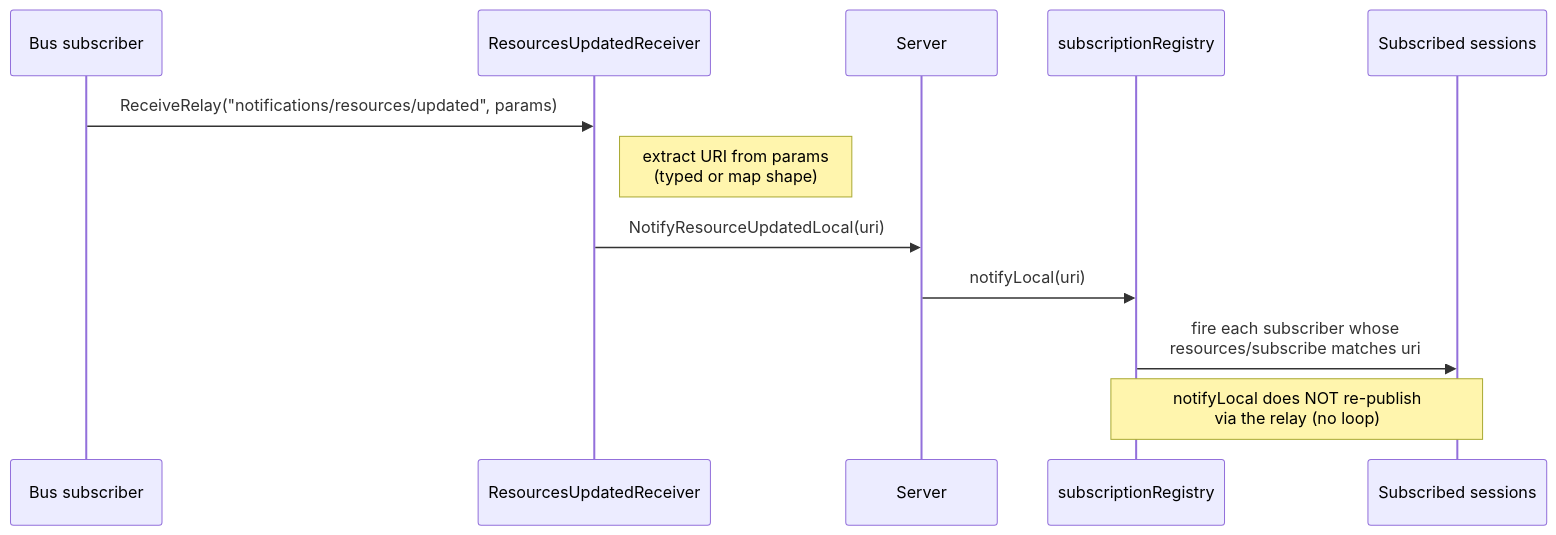
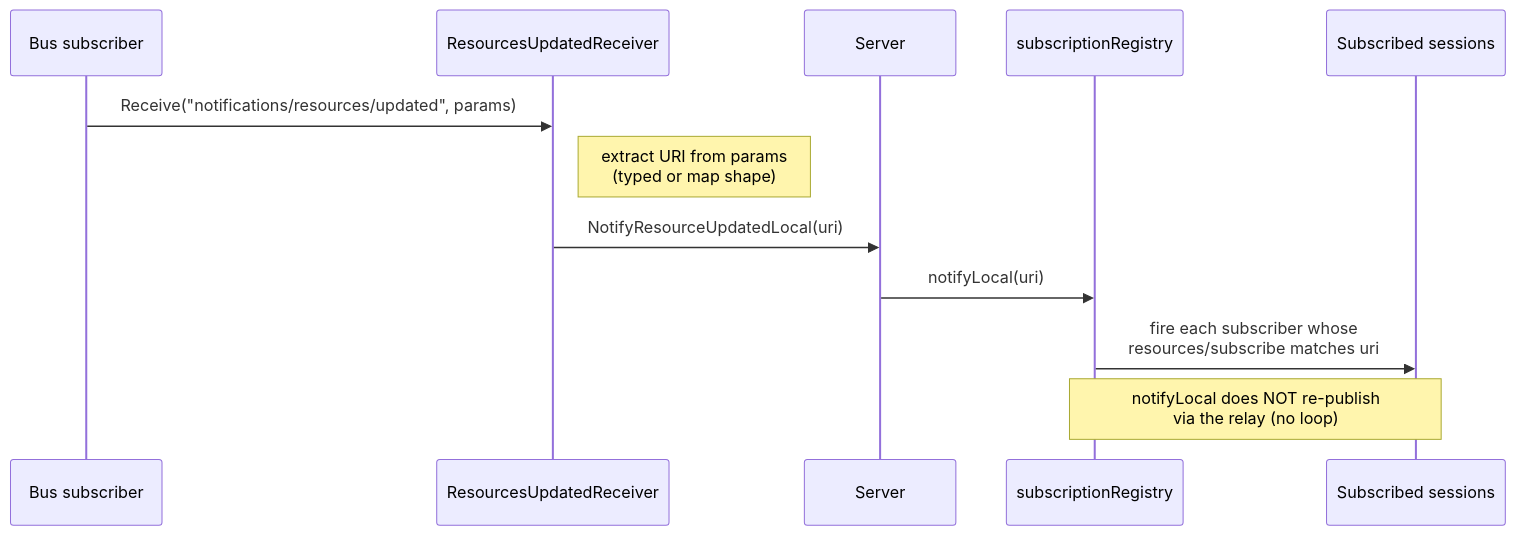
Before and after one commit to panyam/mcpkit: the ninth of 22 diagrams in docs/MULTI_REPLICA.md, drawn with Mermaid. The commit also changed other lines of this file and 15 other files, not shown here.

````diff
--- a/docs/MULTI_REPLICA.md
+++ b/docs/MULTI_REPLICA.md
@@ -253,15 +253,15 @@
 ```mermaid
 sequenceDiagram
     participant Bus as Bus subscriber
     participant Recv as ResourcesUpdatedReceiver
     participant Srv as Server
     participant Reg as subscriptionRegistry
     participant Sub as Subscribed sessions
 
-    Bus->>Recv: ReceiveRelay("notifications/resources/updated", params)
+    Bus->>Recv: Receive("notifications/resources/updated", params)
     Note right of Recv: extract URI from params<br/>(typed or map shape)
     Recv->>Srv: NotifyResourceUpdatedLocal(uri)
     Srv->>Reg: notifyLocal(uri)
     Reg->>Sub: fire each subscriber whose<br/>resources/subscribe matches uri
     Note over Reg,Sub: notifyLocal does NOT re-publish<br/>via the relay (no loop)
 ```
````
